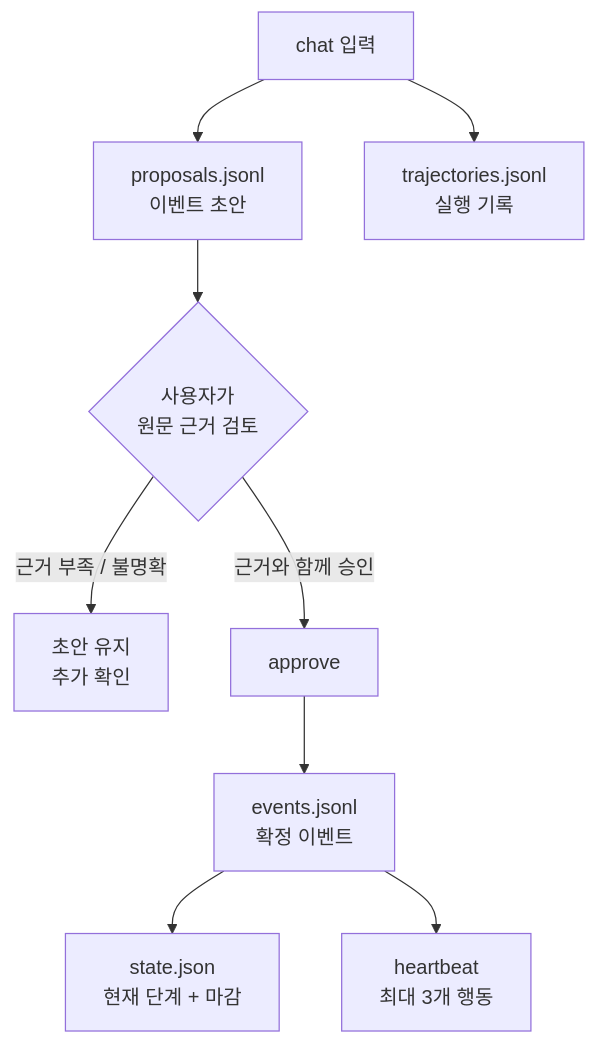
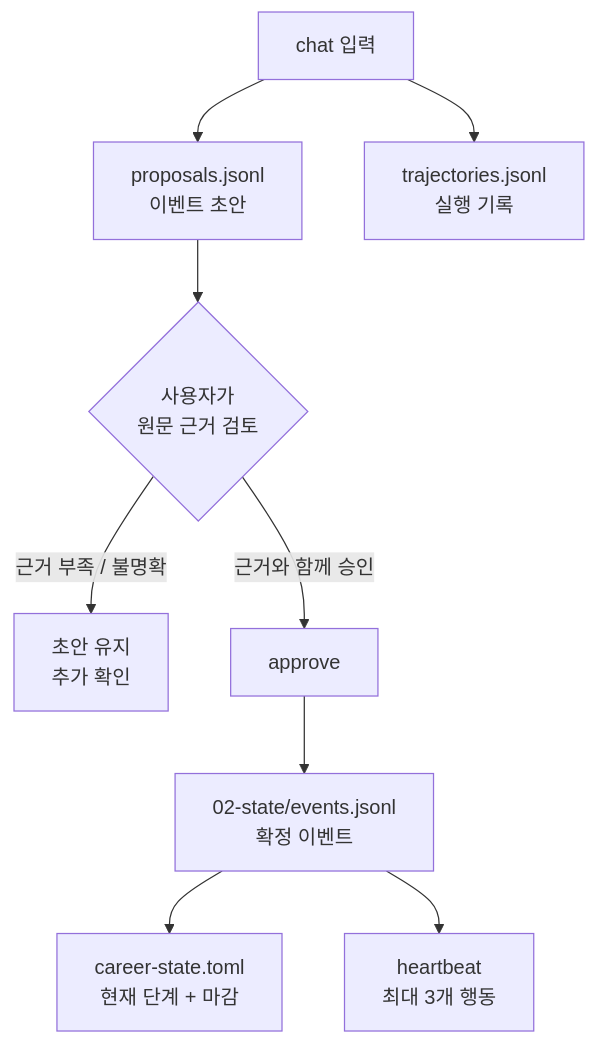
The second of 4 diagrams in README_ko.md (younnieCutler/japan-career-agent), drawn with Mermaid before and after one commit. The commit also changed other lines of this file and 13 other files, not shown here.

````diff
--- a/README_ko.md
+++ b/README_ko.md
@@ -142,11 +170,11 @@
 ```mermaid
 flowchart TB
     C["chat 입력"] --> Q["proposals.jsonl<br/>이벤트 초안"]
     Q --> R{"사용자가<br/>원문 근거 검토"}
     R -->|근거 부족 / 불명확| X["초안 유지<br/>추가 확인"]
     R -->|근거와 함께 승인| A["approve"]
-    A --> E["events.jsonl<br/>확정 이벤트"]
-    E --> S["state.json<br/>현재 단계 + 마감"]
+    A --> E["02-state/events.jsonl<br/>확정 이벤트"]
+    E --> S["career-state.toml<br/>현재 단계 + 마감"]
     E --> H["heartbeat<br/>최대 3개 행동"]
     C --> T["trajectories.jsonl<br/>실행 기록"]
 ```
````
